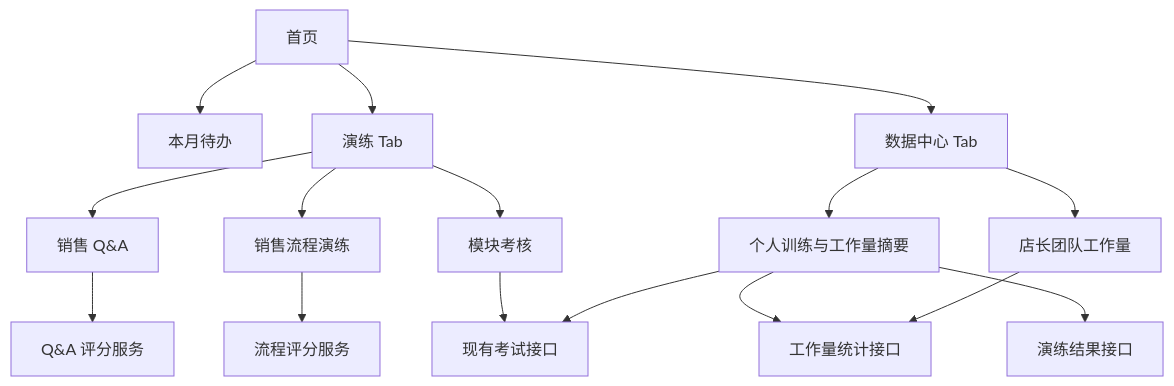
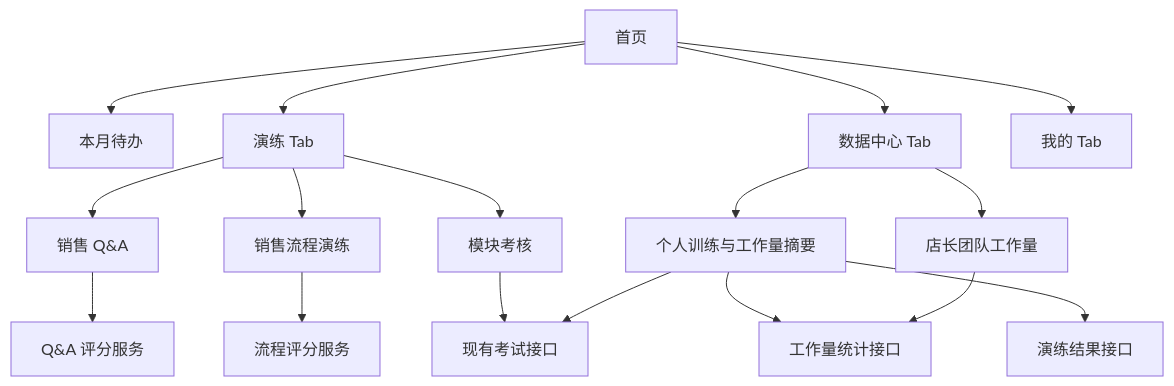
The diagram in .monkeycode/specs/2026-08-29-mini-program-experience-upgrade/design.md (nn190yxn/zhuiguangxiaoniu), drawn with Mermaid before and after one commit. The commit also changed other lines of this file and 4 other files, not shown here.

````diff
--- a/.monkeycode/specs/2026-08-29-mini-program-experience-upgrade/design.md
+++ b/.monkeycode/specs/2026-08-29-mini-program-experience-upgrade/design.md
@@ -13,18 +13,19 @@
 ```mermaid
 flowchart TD
     HOME["首页"] --> TODO["本月待办"]
     HOME --> DRILL_TAB["演练 Tab"]
     HOME --> DATA_TAB["数据中心 Tab"]
+    HOME --> MINE_TAB["我的 Tab"]
     DRILL_TAB --> QA["销售 Q&A"]
     DRILL_TAB --> FLOW["销售流程演练"]
     DRILL_TAB --> EXAM["模块考核"]
     QA --> QA_SCORE["Q&A 评分服务"]
     FLOW --> FLOW_SCORE["流程评分服务"]
     EXAM --> EXAM_API["现有考试接口"]
     DATA_TAB --> PERSONAL["个人训练与工作量摘要"]
     DATA_TAB --> MANAGER["店长团队工作量"]
     PERSONAL --> WORKLOAD_API["工作量统计接口"]
     PERSONAL --> DRILL_API["演练结果接口"]
     PERSONAL --> EXAM_API
     MANAGER --> WORKLOAD_API
 ```
````
